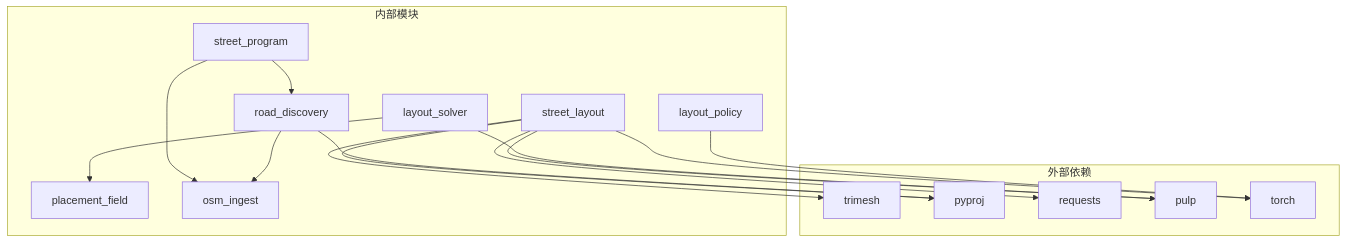
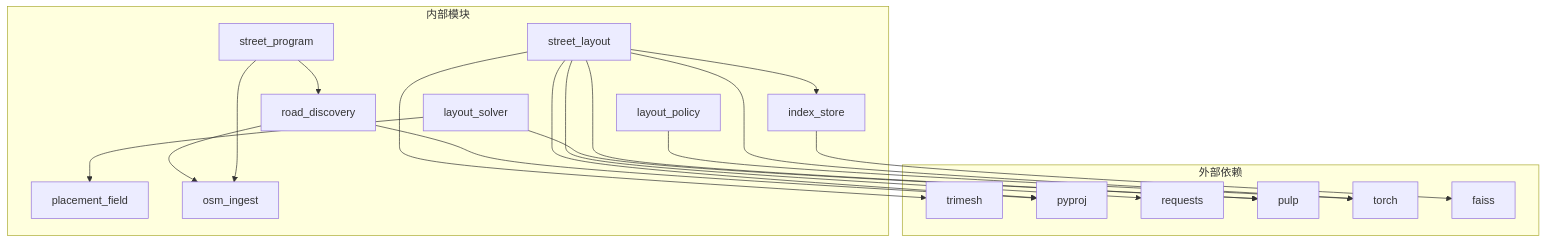
One commit to wsqstar/RoadGen3D changed the tenth of 10 diagrams in .qoder/repowiki/zh/content/Street Layout Processing.md. Above: the diagram before and after it, drawn with Mermaid. The commit also changed other lines of this file and 4 other files, not shown here.

````diff
--- a/.qoder/repowiki/zh/content/Street Layout Processing.md
+++ b/.qoder/repowiki/zh/content/Street Layout Processing.md
@@ -281,31 +412,35 @@
 ```mermaid
 graph TB
 subgraph "外部依赖"
 Trimesh[trimesh]
 PyProj[pyproj]
 Requests[requests]
 PuLP[pulp]
 Torch[torch]
+Faiss[faiss]
 end
 subgraph "内部模块"
 SL[street_layout]
 SP[street_program]
 LS[layout_solver]
 LP[layout_policy]
 PF[placement_field]
 RD[road_discovery]
 OSM[osm_ingest]
+IS[index_store]
 end
 SL --> Trimesh
 SL --> PyProj
 SL --> Requests
 SL --> PuLP
 SL --> Torch
+SL --> IS
 SP --> RD
 SP --> OSM
 LS --> PuLP
 LS --> PF
 LP --> Torch
 RD --> OSM
 RD --> PyProj
+IS --> Faiss
 ```
````
